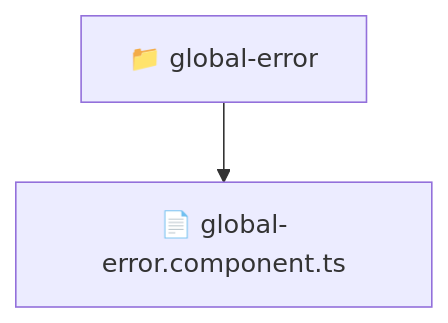
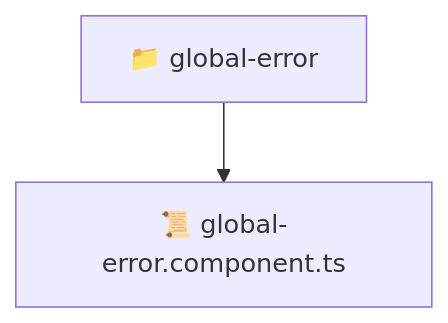
One commit to beginwebdev2002/fullstack-mavluda changed the diagram in frontend/src/shared/ui/global-error/README.md. Above: the diagram before and after it, drawn with Mermaid. The commit also changed other lines of this file and 163 other files, not shown here.

````diff
--- a/frontend/src/shared/ui/global-error/README.md
+++ b/frontend/src/shared/ui/global-error/README.md
@@ -11,5 +11,5 @@
 ```mermaid
 graph TD
-  Root["📁 global-error"]
-  Root --> global_error_component_ts["📄 global-error.component.ts"]
+  global_error["📁 global-error"]
+  global_error --> global_error_component_ts["📜 global-error.component.ts"]
 ```
````
